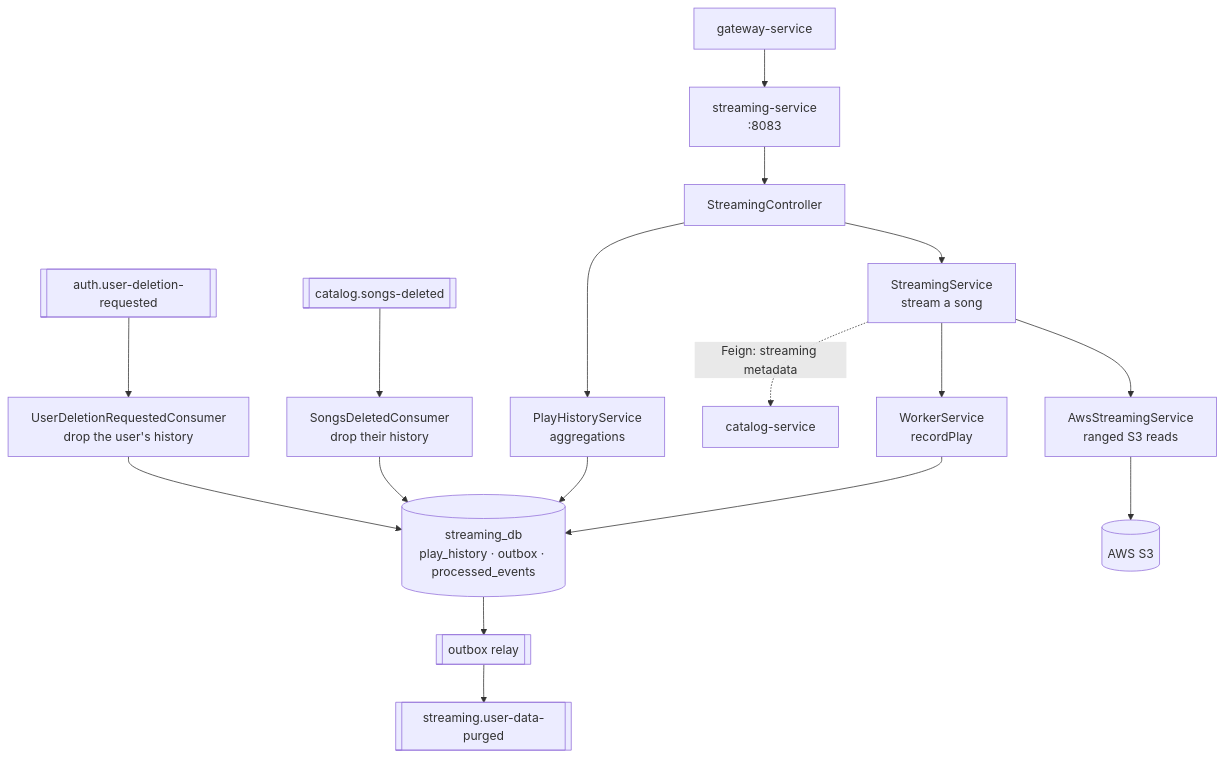
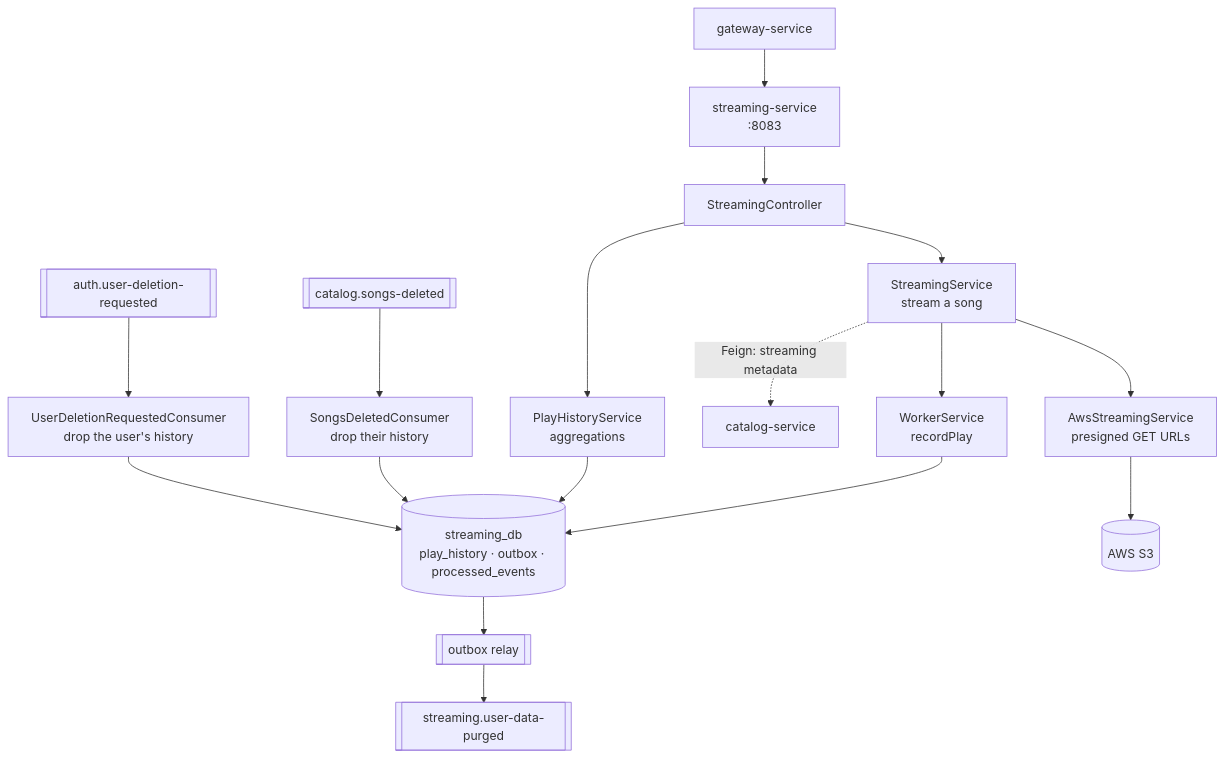
The first of 3 diagrams in streaming-service/README.md (harshithrao07/cadence), drawn with Mermaid before and after one commit. The commit also changed other lines of this file and 11 other files, not shown here.

First line of the commit message:
feat: stream songs from presigned S3 URLs

````diff
--- a/streaming-service/README.md
+++ b/streaming-service/README.md
@@ -14,18 +14,18 @@
 ```mermaid
 flowchart TB
     gw[gateway-service] --> streaming[streaming-service<br/>:8083]
 
     streaming --> sc[StreamingController]
     sc --> ss[StreamingService<br/>stream a song]
     sc --> phs[PlayHistoryService<br/>aggregations]
     ss --> ws[WorkerService<br/>recordPlay]
-    ss --> ass[AwsStreamingService<br/>ranged S3 reads]
+    ss --> ass[AwsStreamingService<br/>presigned GET URLs]
 
     ss -.->|Feign: streaming metadata| catalog[catalog-service]
     ws & phs --> db[(streaming_db<br/>play_history · outbox · processed_events)]
     ass --> s3[(AWS S3)]
 
     in1[[catalog.songs-deleted]] --> sd[SongsDeletedConsumer<br/>drop their history] --> db
     in2[[auth.user-deletion-requested]] --> purge[UserDeletionRequestedConsumer<br/>drop the user's history] --> db
     db --> relay[[outbox relay]] --> out1[[streaming.user-data-purged]]
 ```
````
